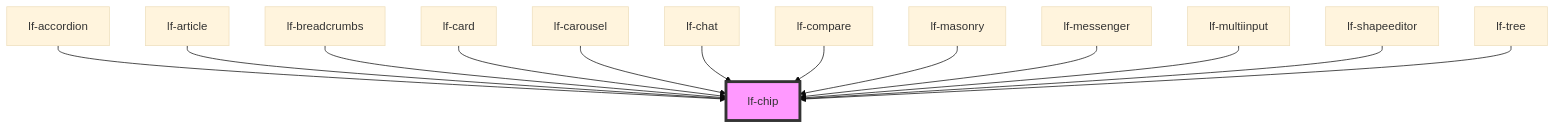
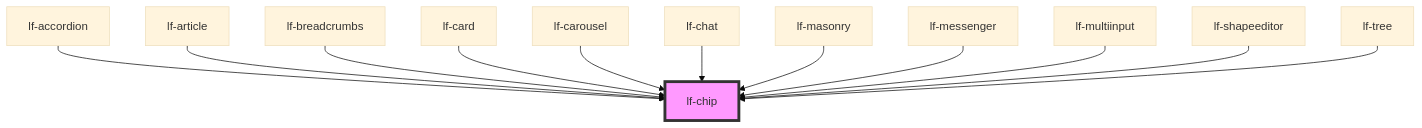
Before and after one commit to lucafoscili/lf-widgets: the diagram in packages/core/src/components/lf-chip/readme.md, drawn with Mermaid (base theme). The commit also changed other lines of this file and 191 other files, not shown here.

First line of the commit message:
chore: Refactor to functional component architecture for UI

````diff
--- a/packages/core/src/components/lf-chip/readme.md
+++ b/packages/core/src/components/lf-chip/readme.md
@@ -160,16 +159,15 @@
 ```mermaid
 graph TD;
   lf-accordion --> lf-chip
   lf-article --> lf-chip
   lf-breadcrumbs --> lf-chip
   lf-card --> lf-chip
   lf-carousel --> lf-chip
   lf-chat --> lf-chip
-  lf-compare --> lf-chip
   lf-masonry --> lf-chip
   lf-messenger --> lf-chip
   lf-multiinput --> lf-chip
   lf-shapeeditor --> lf-chip
   lf-tree --> lf-chip
   style lf-chip fill:#f9f,stroke:#333,stroke-width:4px
 ```
````
